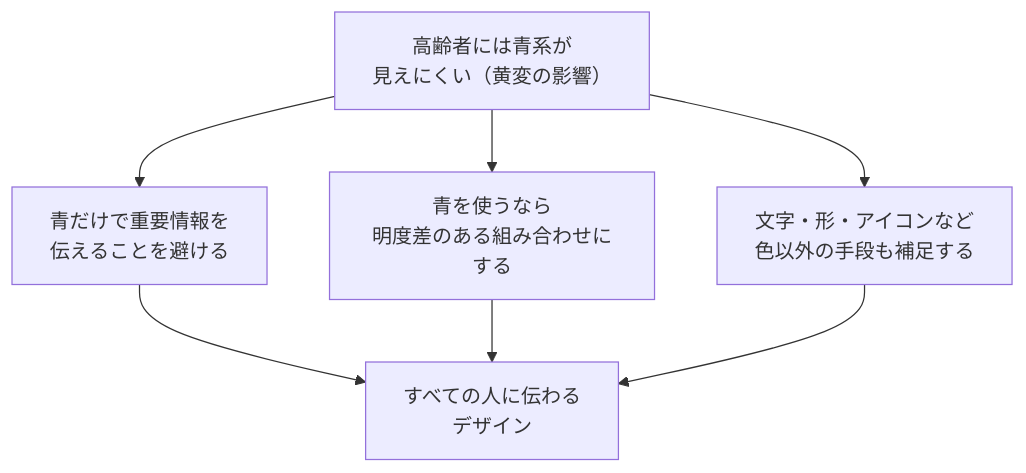
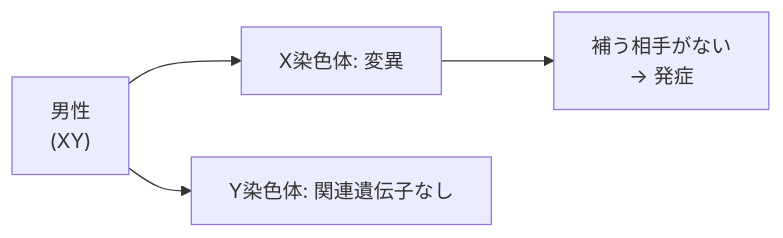
Before and after one commit to ozaki25/color-coordination-training-ozaki25: the diagram in docs/lessons/lesson18/index.md, drawn with Mermaid. The commit also changed other lines of this file and 39 other files, not shown here.

````diff
--- a/docs/lessons/lesson18/index.md
+++ b/docs/lessons/lesson18/index.md
@@ -122,9 +37,6 @@
 ```mermaid
-graph TD
-    課題["高齢者には青系が\n見えにくい（黄変の影響）"] --> A["青だけで重要情報を\n伝えることを避ける"]
-    課題 --> B["青を使うなら\n明度差のある組み合わせにする"]
-    課題 --> C["文字・形・アイコンなど\n色以外の手段も補足する"]
-    A --> D["すべての人に伝わる\nデザイン"]
-    B --> D
-    C --> D
+graph LR
+  A["男性\n(XY)"] --> B["X染色体: 変異"]
+  A --> C["Y染色体: 関連遺伝子なし"]
+  B --> D["補う相手がない\n→ 発症"]
 ```
````
